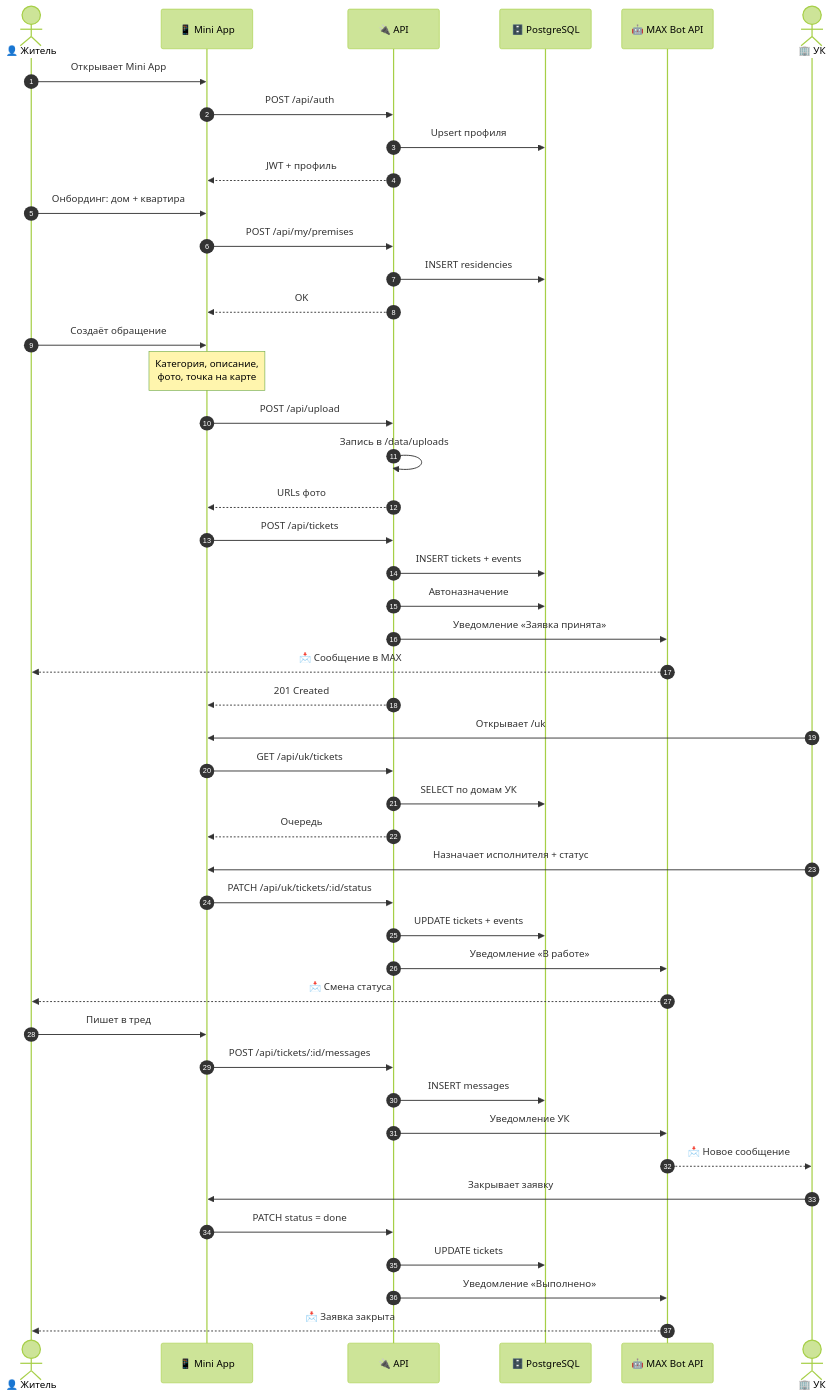
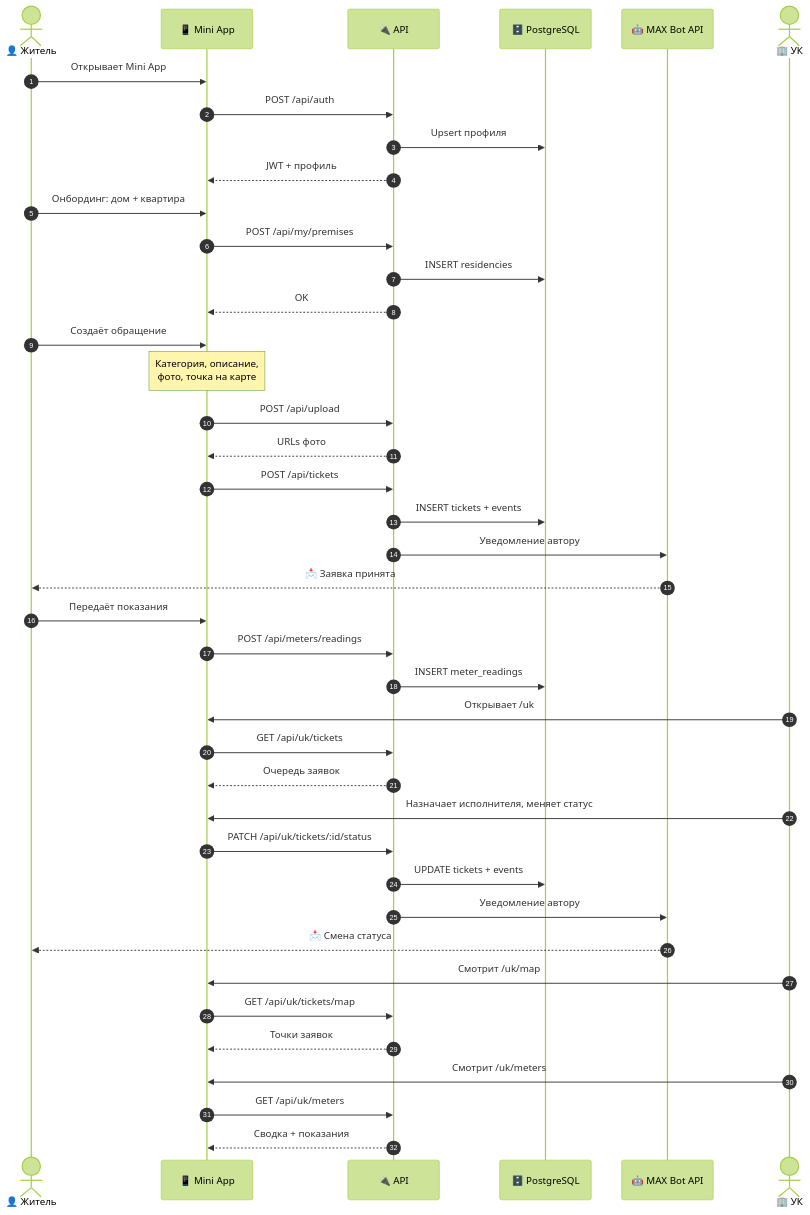
Before and after one commit to SergeyKrivoshchapov/maxhackathon: the second of 5 diagrams in README.md, drawn with Mermaid (forest theme). The commit also changed other lines of this file and 5 other files, not shown here.

Commit message:
docs: openapi + data-api + seed data

````diff
--- a/README.md
+++ b/README.md
@@ -125,57 +133,50 @@
 ```mermaid
 sequenceDiagram
     autonumber
     actor Resident as 👤 Житель
     participant App as 📱 Mini App
     participant API as 🔌 API
     participant DB as 🗄️ PostgreSQL
     participant Bot as 🤖 MAX Bot API
     actor UK as 🏢 УК
 
     Resident->>App: Открывает Mini App
     App->>API: POST /api/auth
     API->>DB: Upsert профиля
     API-->>App: JWT + профиль
 
     Resident->>App: Онбординг: дом + квартира
     App->>API: POST /api/my/premises
     API->>DB: INSERT residencies
     API-->>App: OK
 
     Resident->>App: Создаёт обращение
     Note over App: Категория, описание,<br/>фото, точка на карте
-
     App->>API: POST /api/upload
-    API->>API: Запись в /data/uploads
     API-->>App: URLs фото
-
     App->>API: POST /api/tickets
     API->>DB: INSERT tickets + events
-    API->>DB: Автоназначение
-    API->>Bot: Уведомление «Заявка принята»
-    Bot-->>Resident: 📩 Сообщение в MAX
-    API-->>App: 201 Created
+    API->>Bot: Уведомление автору
+    Bot-->>Resident: 📩 Заявка принята
+
+    Resident->>App: Передаёт показания
+    App->>API: POST /api/meters/readings
+    API->>DB: INSERT meter_readings
 
     UK->>App: Открывает /uk
     App->>API: GET /api/uk/tickets
-    API->>DB: SELECT по домам УК
-    API-->>App: Очередь
-
-    UK->>App: Назначает исполнителя + статус
+    API-->>App: Очередь заявок
+    UK->>App: Назначает исполнителя, меняет статус
     App->>API: PATCH /api/uk/tickets/:id/status
     API->>DB: UPDATE tickets + events
-    API->>Bot: Уведомление «В работе»
+    API->>Bot: Уведомление автору
     Bot-->>Resident: 📩 Смена статуса
 
-    Resident->>App: Пишет в тред
-    App->>API: POST /api/tickets/:id/messages
-    API->>DB: INSERT messages
-    API->>Bot: Уведомление УК
-    Bot-->>UK: 📩 Новое сообщение
+    UK->>App: Смотрит /uk/map
+    App->>API: GET /api/uk/tickets/map
+    API-->>App: Точки заявок
 
-    UK->>App: Закрывает заявку
-    App->>API: PATCH status = done
-    API->>DB: UPDATE tickets
-    API->>Bot: Уведомление «Выполнено»
-    Bot-->>Resident: 📩 Заявка закрыта
+    UK->>App: Смотрит /uk/meters
+    App->>API: GET /api/uk/meters
+    API-->>App: Сводка + показания
 ```
````
